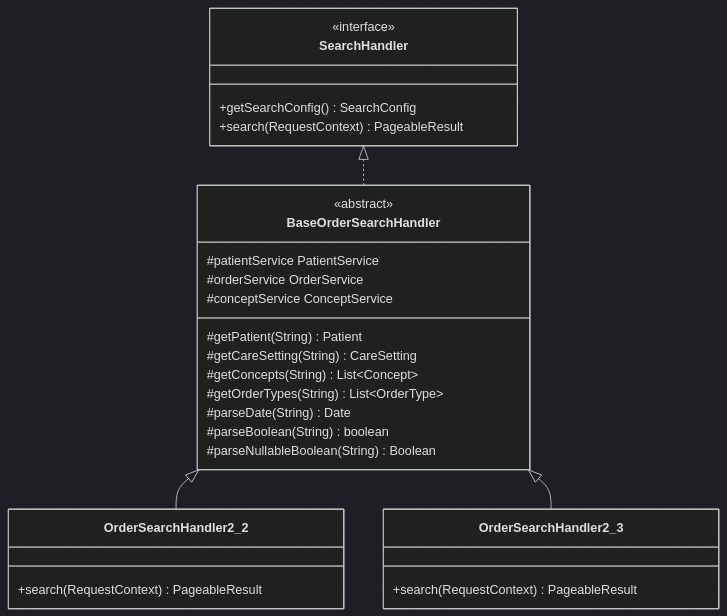
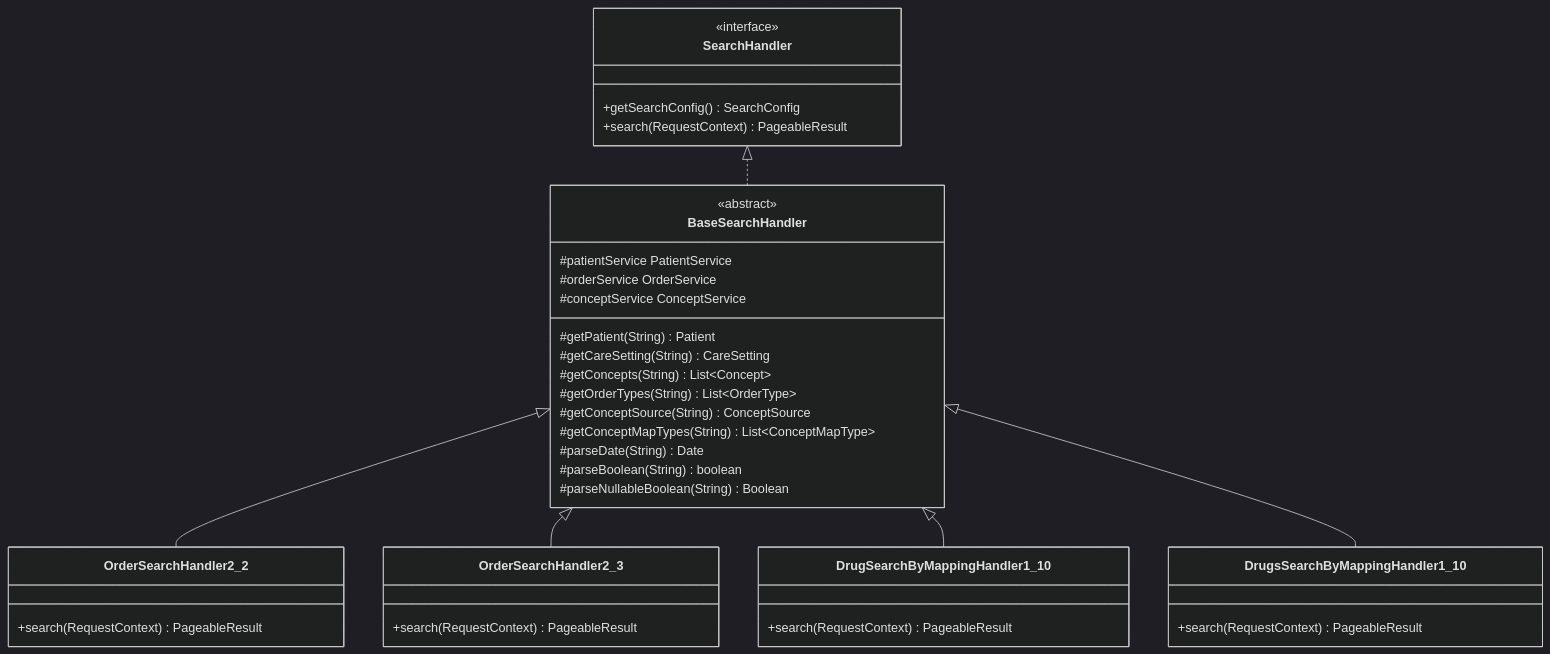
The second of 2 diagrams in docs/design/redesign_order_search_handlers.md (OpenMRSenger/openmrs-module-webservices.rest), drawn with Mermaid (dark theme) before and after one commit. The commit also changed other lines of this file and 7 other files, not shown here.

Commit message:
refactor: unify duplicate Order and Drug SearchHandlers into BaseSearchHandler and fix parseBoolean

````diff
--- a/docs/design/redesign_order_search_handlers.md
+++ b/docs/design/redesign_order_search_handlers.md
@@ -46,30 +47,40 @@
 ```mermaid
 classDiagram
     class SearchHandler {
         <<interface>>
         +getSearchConfig() SearchConfig
         +search(RequestContext) PageableResult
     }
-    class BaseOrderSearchHandler {
+    class BaseSearchHandler {
         <<abstract>>
         #patientService PatientService
         #orderService OrderService
         #conceptService ConceptService
         #getPatient(String) Patient
         #getCareSetting(String) CareSetting
         #getConcepts(String) List~Concept~
         #getOrderTypes(String) List~OrderType~
+        #getConceptSource(String) ConceptSource
+        #getConceptMapTypes(String) List~ConceptMapType~
         #parseDate(String) Date
         #parseBoolean(String) boolean
         #parseNullableBoolean(String) Boolean
     }
     class OrderSearchHandler2_2 {
         +search(RequestContext) PageableResult
     }
     class OrderSearchHandler2_3 {
         +search(RequestContext) PageableResult
     }
-    SearchHandler <|.. BaseOrderSearchHandler
-    BaseOrderSearchHandler <|-- OrderSearchHandler2_2
-    BaseOrderSearchHandler <|-- OrderSearchHandler2_3
+    class DrugSearchByMappingHandler1_10 {
+        +search(RequestContext) PageableResult
+    }
+    class DrugsSearchByMappingHandler1_10 {
+        +search(RequestContext) PageableResult
+    }
+    SearchHandler <|.. BaseSearchHandler
+    BaseSearchHandler <|-- OrderSearchHandler2_2
+    BaseSearchHandler <|-- OrderSearchHandler2_3
+    BaseSearchHandler <|-- DrugSearchByMappingHandler1_10
+    BaseSearchHandler <|-- DrugsSearchByMappingHandler1_10
 ```
````
